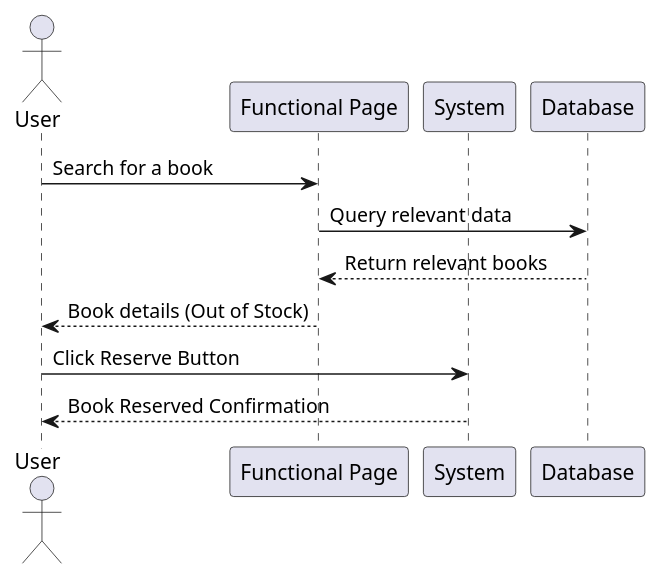
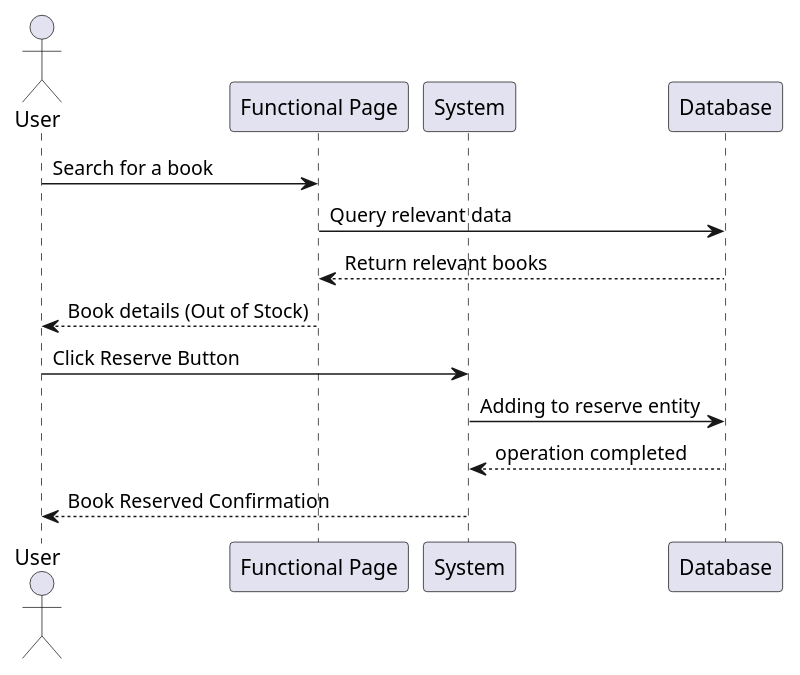
Before and after one commit to SalmaAzeem/library-system: the diagram in diagrams/SDs/ReserveBookSD.puml, drawn with PlantUML. The commit also changed 1 other file, not shown here.

```diff
--- a/diagrams/SDs/ReserveBookSD.puml
+++ b/diagrams/SDs/ReserveBookSD.puml
@@ -1,14 +1,17 @@
 @startuml
 actor User
 participant "Functional Page" as Page
 participant "System" as System
 participant "Database" as DB
 
 User -> Page: Search for a book
 Page -> DB: Query relevant data
 DB --> Page: Return relevant books
 Page --> User: Book details (Out of Stock)
 User -> System: Click Reserve Button
+System -> DB : Adding to reserve entity
+DB --> System : operation completed
 System --> User: Book Reserved Confirmation
 
+
 @enduml
```
